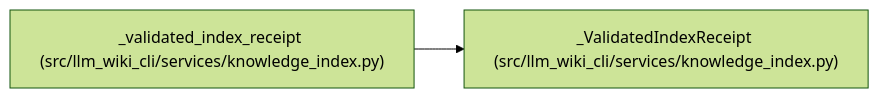
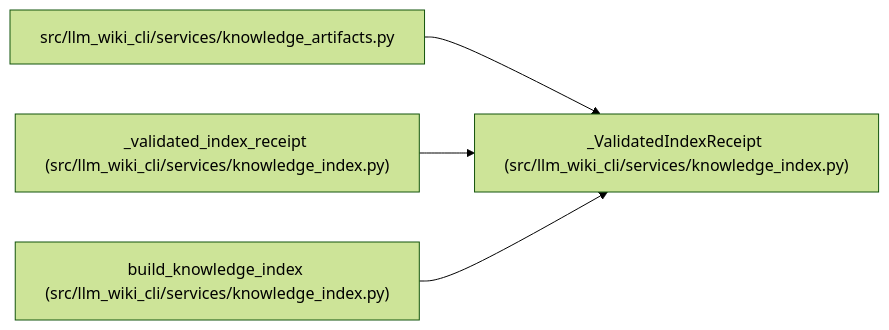
The diagram in docs/llm_wiki/entities/ValidatedIndexReceipt.md (Denissvgn/python-wiki-llm), drawn with Mermaid (forest theme) before and after one commit. The commit also changed other lines of this file and 462 other files, not shown here.

````diff
--- a/docs/llm_wiki/entities/ValidatedIndexReceipt.md
+++ b/docs/llm_wiki/entities/ValidatedIndexReceipt.md
@@ -32,8 +32,14 @@
 ```mermaid
 flowchart LR
     n0["_ValidatedIndexReceipt (src/llm_wiki_cli/services/knowledge_index.py)"]
-    n1["_validated_index_receipt (src/llm_wiki_cli/services/knowledge_index.py)"]
+    n1["src/llm_wiki_cli/services/knowledge_artifacts.py"]
+    n2["_validated_index_receipt (src/llm_wiki_cli/services/knowledge_index.py)"]
+    n3["build_knowledge_index (src/llm_wiki_cli/services/knowledge_index.py)"]
     n1 --> n0
+    n2 --> n0
+    n3 --> n0
     click n0 "../modules/knowledge_index.md"
-    click n1 "../modules/knowledge_index.md"
+    click n1 "../modules/knowledge_artifacts.md"
+    click n2 "../modules/knowledge_index.md"
+    click n3 "../modules/knowledge_index.md"
 ```
````
